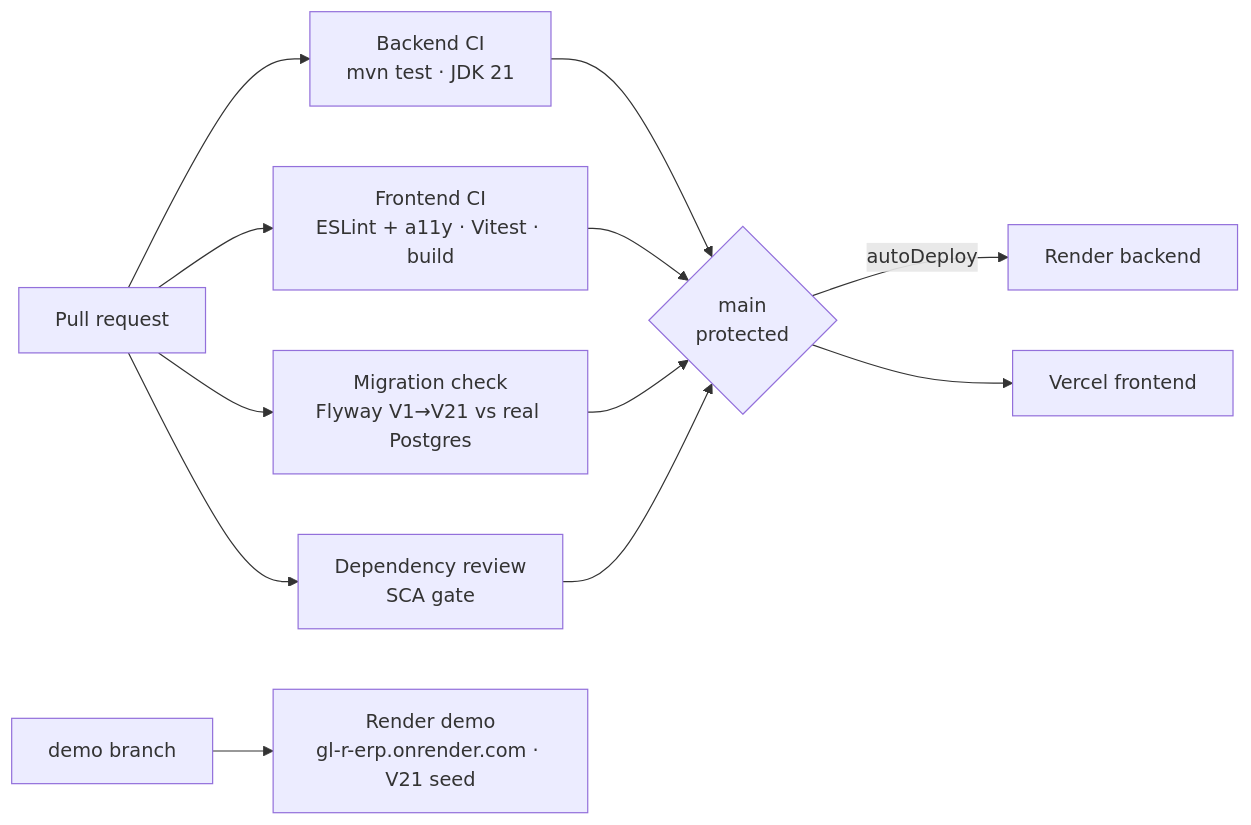
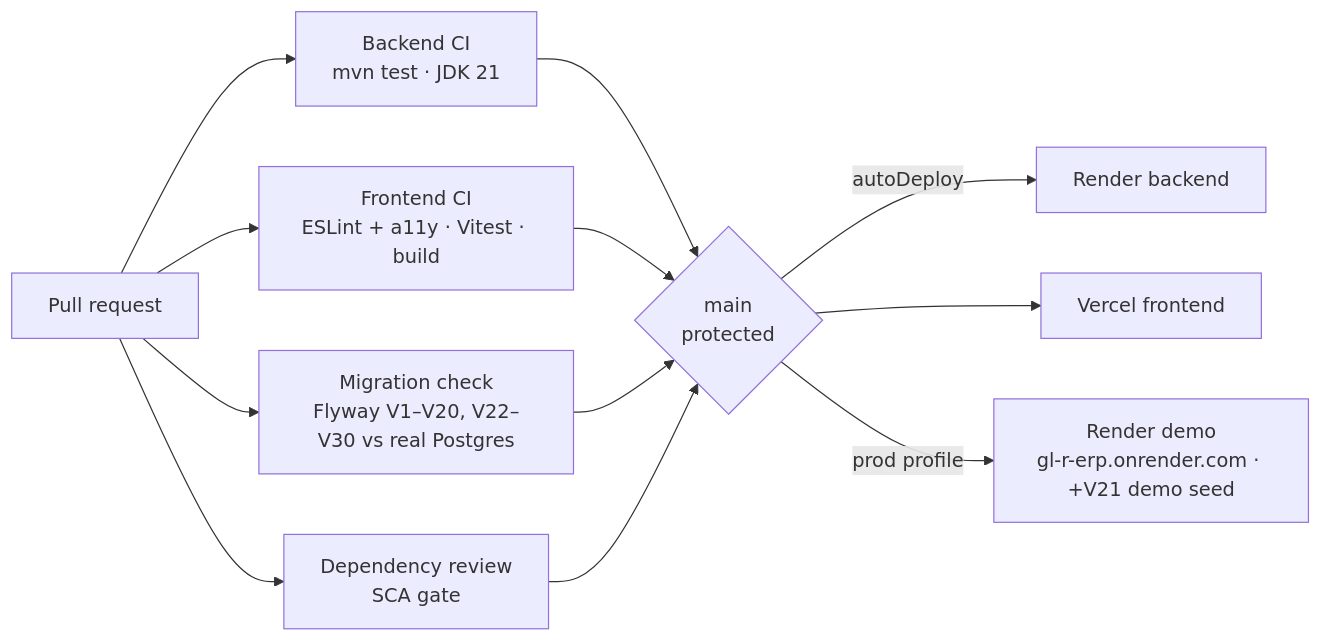
Before and after one commit to waritctd/GL-R-ERP: the third of 3 diagrams in ERP Documentation/04_Technical_Architecture.md, drawn with Mermaid. The commit also changed other lines of this file and 9 other files, not shown here.

First line of the commit message:
Fix documentation drift: schema head V29, computed leave balances, XLSX (#82)

````diff
--- a/ERP Documentation/04_Technical_Architecture.md
+++ b/ERP Documentation/04_Technical_Architecture.md
@@ -149,11 +149,11 @@
 ```mermaid
 flowchart LR
     PR[Pull request] --> BE[Backend CI<br/>mvn test · JDK 21]
     PR --> FE[Frontend CI<br/>ESLint + a11y · Vitest · build]
-    PR --> MIG[Migration check<br/>Flyway V1→V21 vs real Postgres]
+    PR --> MIG[Migration check<br/>Flyway V1–V20, V22–V30 vs real Postgres]
     PR --> SCA[Dependency review<br/>SCA gate]
     BE & FE & MIG & SCA --> M{main<br/>protected}
     M -->|autoDeploy| REN[Render backend]
     M --> VER[Vercel frontend]
-    DEMO[demo branch] --> REN2[Render demo<br/>gl-r-erp.onrender.com · V21 seed]
+    M -->|prod profile| REN2[Render demo<br/>gl-r-erp.onrender.com · +V21 demo seed]
 ```
````
